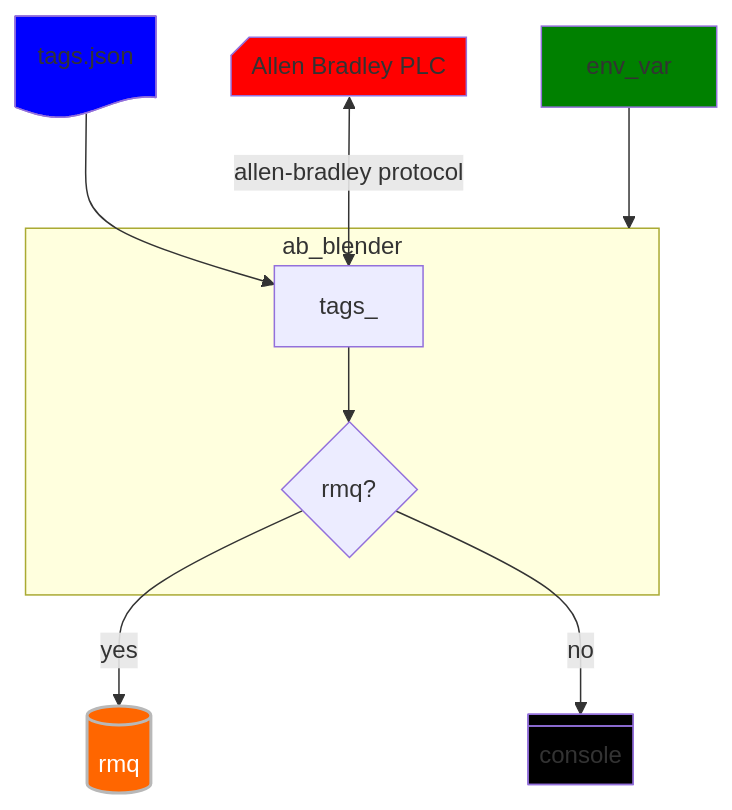
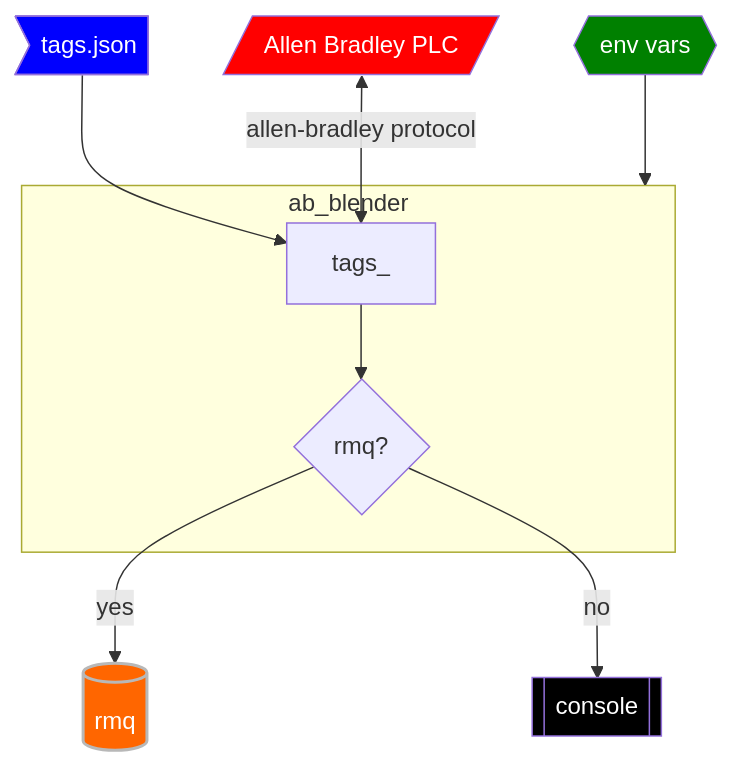
The first of 3 diagrams in readme.md (DJTakushi/ab_blender), drawn with Mermaid before and after one commit.

Commit message:
azure-compatible mermaid adjustments

```diff
--- a/readme.md
+++ b/readme.md
@@ -35,26 +35,27 @@
 :::mermaid
 flowchart TD
-    tags.json@{ shape: doc}
-    style tags.json fill:#0000FF
+    tags.json>tags.json]
+    style tags.json fill:#0000FF,color:#fff
 
-    plc@{ shape : card, label: "Allen Bradley PLC"}
-    style plc fill:#ff0000
+    plc[/Allen Bradley PLC/]
+    style plc fill:#ff0000,color:#fff
 
-    console@{ shape: div-rect}
-    style console fill:#000000
+    console[[console]]
+    style console fill:#000000,color:#fff
 
+    env_var{{env vars}}
     style rmq fill:#ff6600,stroke:#b8b8b8,stroke-width:2px,color:#fff
-    style env_var fill:green
+    style env_var fill:green,color:#fff
 
     subgraph ab_blender
         tags_
-        tags_ --> is_rmq@{ shape: diamond, label: "rmq?"}
+        tags_ --> is_rmq{rmq?}
     end
 
     tags.json --> tags_
     env_var --> ab_blender
     plc <-- allen-bradley protocol --> tags_
     is_rmq  -- yes --> rmq[(rmq)]
     is_rmq -- no --> console
 
 :::
```
